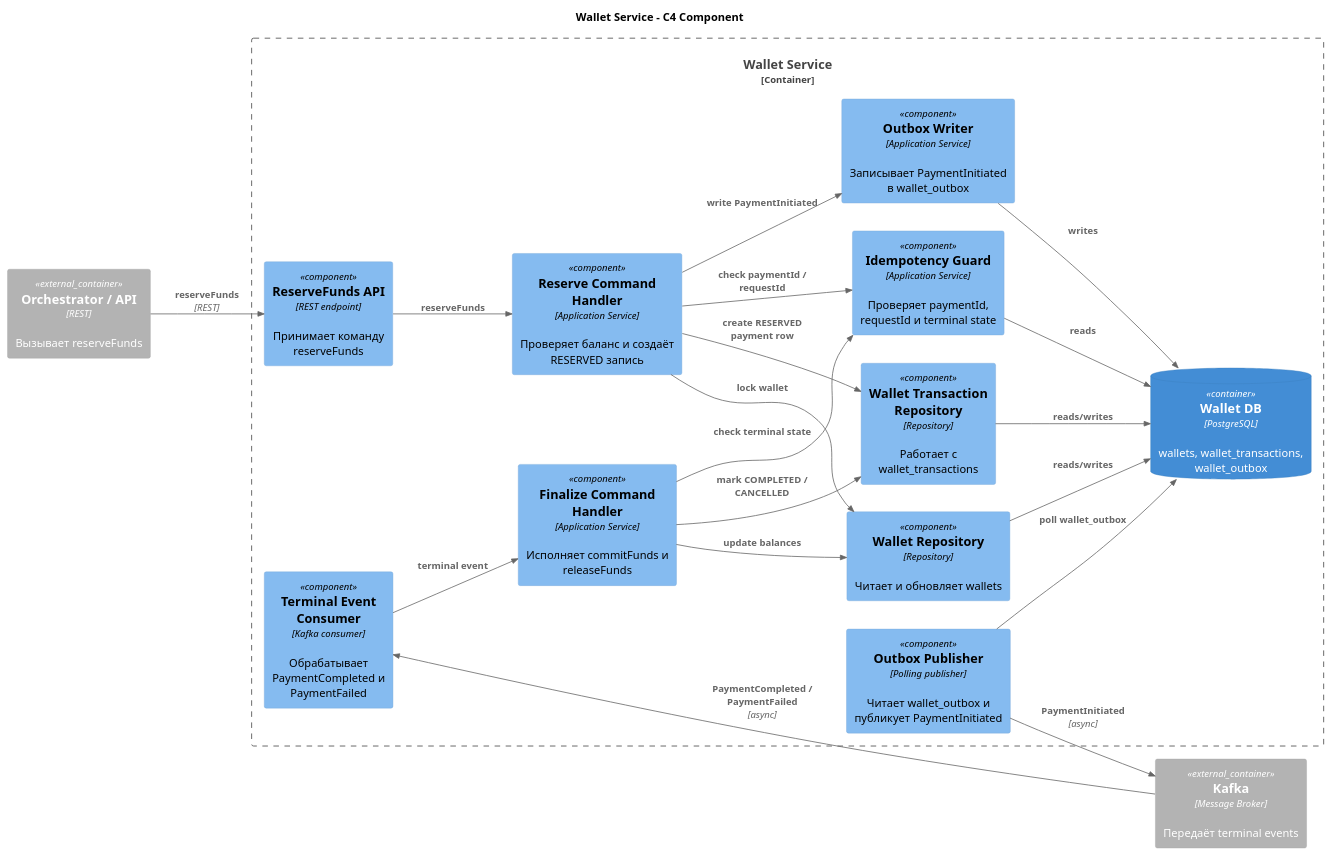
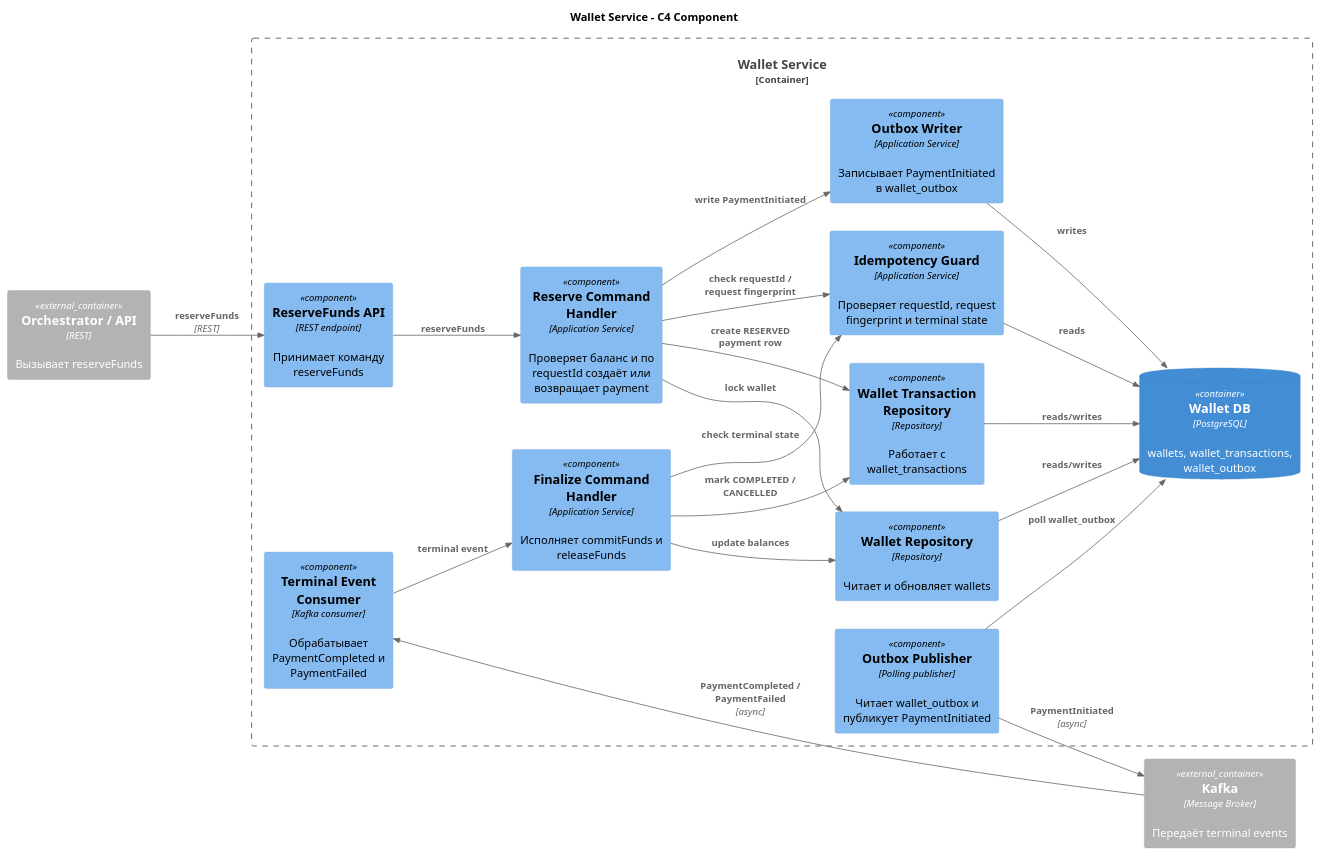
Before and after one commit to ZobovPA/sdia: the diagram in system-design/architecture/diagrams/wallet-components.puml, drawn with PlantUML. The commit also changed 6 other files, not shown here.

```diff
--- a/system-design/architecture/diagrams/wallet-components.puml
+++ b/system-design/architecture/diagrams/wallet-components.puml
@@ -1,43 +1,43 @@
 @startuml
 !include https://raw.githubusercontent.com/plantuml-stdlib/C4-PlantUML/master/C4_Component.puml
 LAYOUT_LEFT_RIGHT()
 
 title Wallet Service - C4 Component
 
 Container_Ext(orchestrator, "Orchestrator / API", "REST", "Вызывает reserveFunds")
 Container_Ext(kafka, "Kafka", "Message Broker", "Передаёт terminal events")
 
 Container_Boundary(walletBoundary, "Wallet Service") {
   Component(reserveApi, "ReserveFunds API", "REST endpoint", "Принимает команду reserveFunds")
-  Component(reserveHandler, "Reserve Command Handler", "Application Service", "Проверяет баланс и создаёт RESERVED запись")
+  Component(reserveHandler, "Reserve Command Handler", "Application Service", "Проверяет баланс и по requestId создаёт или возвращает payment")
   Component(terminalConsumer, "Terminal Event Consumer", "Kafka consumer", "Обрабатывает PaymentCompleted и PaymentFailed")
   Component(finalizeHandler, "Finalize Command Handler", "Application Service", "Исполняет commitFunds и releaseFunds")
-  Component(walletIdempotency, "Idempotency Guard", "Application Service", "Проверяет paymentId, requestId и terminal state")
+  Component(walletIdempotency, "Idempotency Guard", "Application Service", "Проверяет requestId, request fingerprint и terminal state")
   Component(walletRepo, "Wallet Repository", "Repository", "Читает и обновляет wallets")
   Component(txRepo, "Wallet Transaction Repository", "Repository", "Работает с wallet_transactions")
   Component(outboxWriter, "Outbox Writer", "Application Service", "Записывает PaymentInitiated в wallet_outbox")
   Component(outboxPublisher, "Outbox Publisher", "Polling publisher", "Читает wallet_outbox и публикует PaymentInitiated")
   ContainerDb(walletDb, "Wallet DB", "PostgreSQL", "wallets, wallet_transactions, wallet_outbox")
 }
 
 Rel(orchestrator, reserveApi, "reserveFunds", "REST")
 Rel(reserveApi, reserveHandler, "reserveFunds")
-Rel(reserveHandler, walletIdempotency, "check paymentId / requestId")
+Rel(reserveHandler, walletIdempotency, "check requestId / request fingerprint")
 Rel(reserveHandler, walletRepo, "lock wallet")
 Rel(reserveHandler, txRepo, "create RESERVED payment row")
 Rel(reserveHandler, outboxWriter, "write PaymentInitiated")
 
 Rel(kafka, terminalConsumer, "PaymentCompleted / PaymentFailed", "async")
 Rel(terminalConsumer, finalizeHandler, "terminal event")
 Rel(finalizeHandler, walletIdempotency, "check terminal state")
 Rel(finalizeHandler, walletRepo, "update balances")
 Rel(finalizeHandler, txRepo, "mark COMPLETED / CANCELLED")
 
 Rel(walletIdempotency, walletDb, "reads")
 Rel(walletRepo, walletDb, "reads/writes")
 Rel(txRepo, walletDb, "reads/writes")
 Rel(outboxWriter, walletDb, "writes")
 Rel(outboxPublisher, walletDb, "poll wallet_outbox")
 Rel(outboxPublisher, kafka, "PaymentInitiated", "async")
 
 @enduml
```
